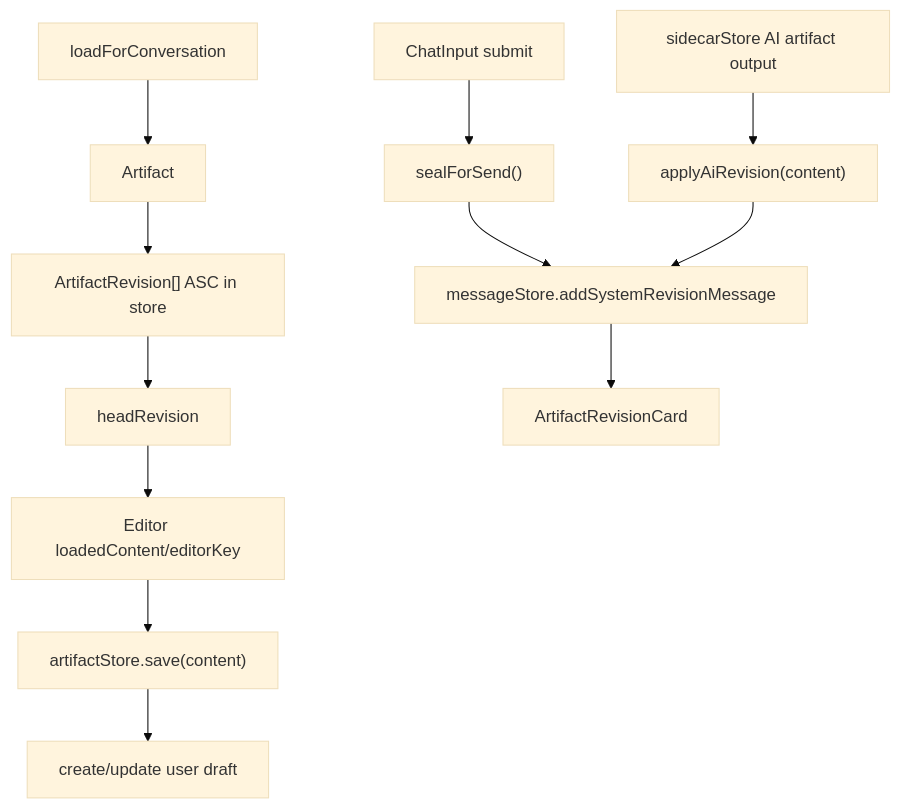
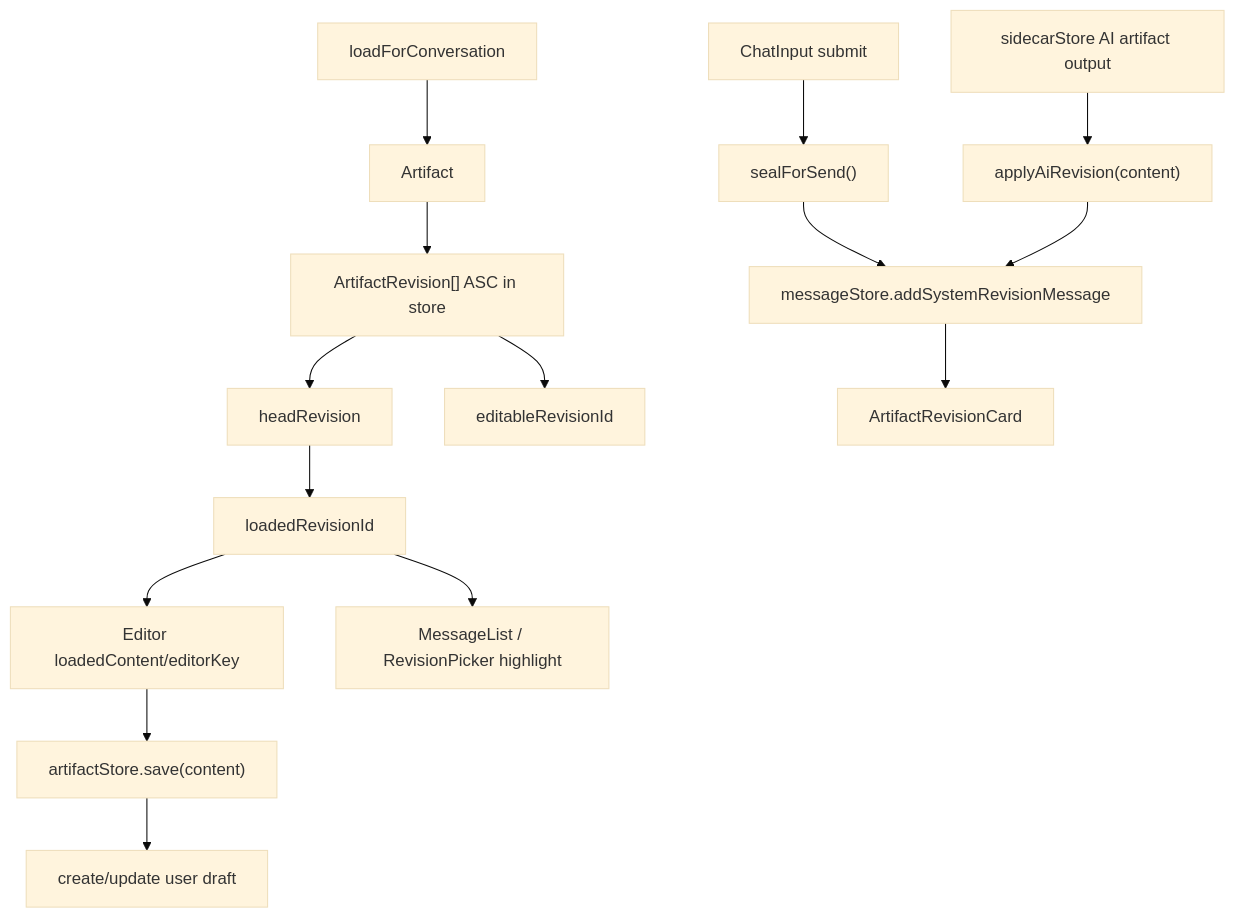
Before and after one commit to jpetroff/ai-cowork-assistant: the diagram in .memory/artifact-revisions.md, drawn with Mermaid (base theme). The commit also changed other lines of this file and 11 other files, not shown here.

````diff
--- a/.memory/artifact-revisions.md
+++ b/.memory/artifact-revisions.md
@@ -5,16 +5,19 @@
 ```mermaid
 flowchart TD
   Load["loadForConversation"] --> Artifact["Artifact"]
   Artifact --> Revisions["ArtifactRevision[] ASC in store"]
   Revisions --> Head["headRevision"]
-  Head --> Editor["Editor loadedContent/editorKey"]
+  Head --> Loaded["loadedRevisionId"]
+  Loaded --> Editor["Editor loadedContent/editorKey"]
+  Loaded --> ChatHighlight["MessageList / RevisionPicker highlight"]
+  Revisions --> Editable["editableRevisionId"]
 
   Editor --> Save["artifactStore.save(content)"]
   Save --> Draft["create/update user draft"]
   ChatSend["ChatInput submit"] --> Seal["sealForSend()"]
   Seal --> SysMsg["messageStore.addSystemRevisionMessage"]
   SysMsg --> ChatCard["ArtifactRevisionCard"]
 
   Sidecar["sidecarStore AI artifact output"] --> AiRev["applyAiRevision(content)"]
   AiRev --> SysMsg
 ```
````
